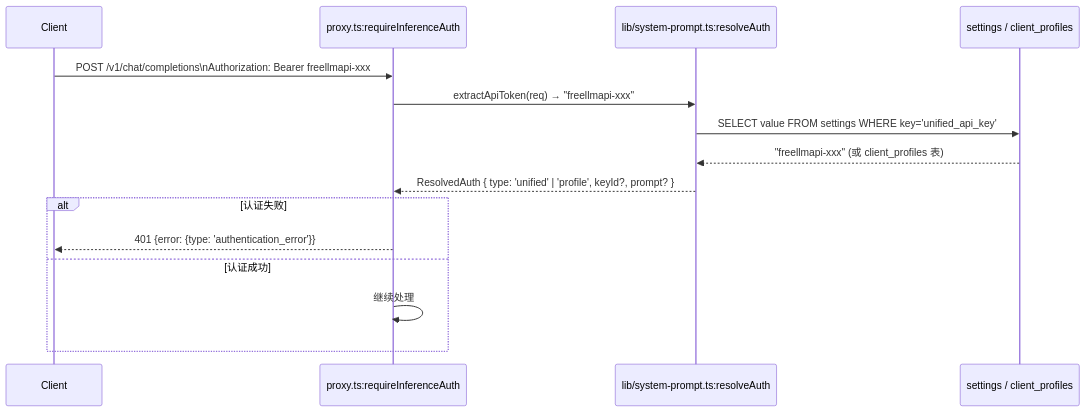
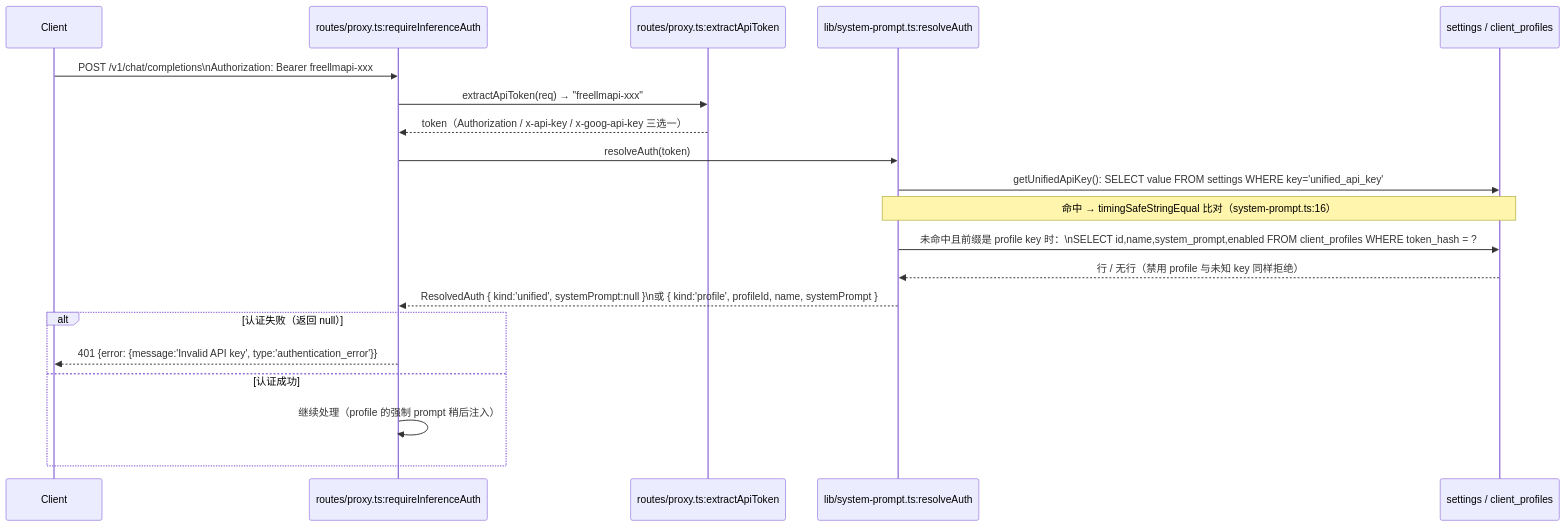
The second of 8 diagrams in docs/adrian/sourceReader/03-详细逐步说明-主链路拆解.md (adrian9778/freellmapi), drawn with Mermaid before and after one commit. The commit also changed other lines of this file and 18 other files, not shown here.

````diff
--- a/docs/adrian/sourceReader/03-详细逐步说明-主链路拆解.md
+++ b/docs/adrian/sourceReader/03-详细逐步说明-主链路拆解.md
@@ -78,18 +117,23 @@
 ```mermaid
 sequenceDiagram
     participant Client
-    participant proxy.ts as proxy.ts:requireInferenceAuth
-    participant sysprompt.ts as lib/system-prompt.ts:resolveAuth
+    participant proxy.ts as routes/proxy.ts:requireInferenceAuth
+    participant token as routes/proxy.ts:extractApiToken
+    participant sysprompt as lib/system-prompt.ts:resolveAuth
     participant DB as settings / client_profiles
     
     Client->>proxy.ts: POST /v1/chat/completions\nAuthorization: Bearer freellmapi-xxx
-    proxy.ts->>sysprompt.ts: extractApiToken(req) → "freellmapi-xxx"
-    sysprompt.ts->>DB: SELECT value FROM settings WHERE key='unified_api_key'
-    DB-->>sysprompt.ts: "freellmapi-xxx" (或 client_profiles 表)
-    sysprompt.ts-->>proxy.ts: ResolvedAuth { type: 'unified' | 'profile', keyId?, prompt? }
-    alt 认证失败
-        proxy.ts-->>Client: 401 {error: {type: 'authentication_error'}}
+    proxy.ts->>token: extractApiToken(req) → "freellmapi-xxx"
+    token-->>proxy.ts: token（Authorization / x-api-key / x-goog-api-key 三选一）
+    proxy.ts->>sysprompt: resolveAuth(token)
+    sysprompt->>DB: getUnifiedApiKey(): SELECT value FROM settings WHERE key='unified_api_key'
+    Note over sysprompt,DB: 命中 → timingSafeStringEqual 比对（system-prompt.ts:16）
+    sysprompt->>DB: 未命中且前缀是 profile key 时：\nSELECT id,name,system_prompt,enabled FROM client_profiles WHERE token_hash = ?
+    DB-->>sysprompt: 行 / 无行（禁用 profile 与未知 key 同样拒绝）
+    sysprompt-->>proxy.ts: ResolvedAuth { kind:'unified', systemPrompt:null }\n或 { kind:'profile', profileId, name, systemPrompt }
+    alt 认证失败（返回 null）
+        proxy.ts-->>Client: 401 {error: {message:'Invalid API key', type:'authentication_error'}}
     else 认证成功
-        proxy.ts->>proxy.ts: 继续处理
+        proxy.ts->>proxy.ts: 继续处理（profile 的强制 prompt 稍后注入）
     end
 ```
````
